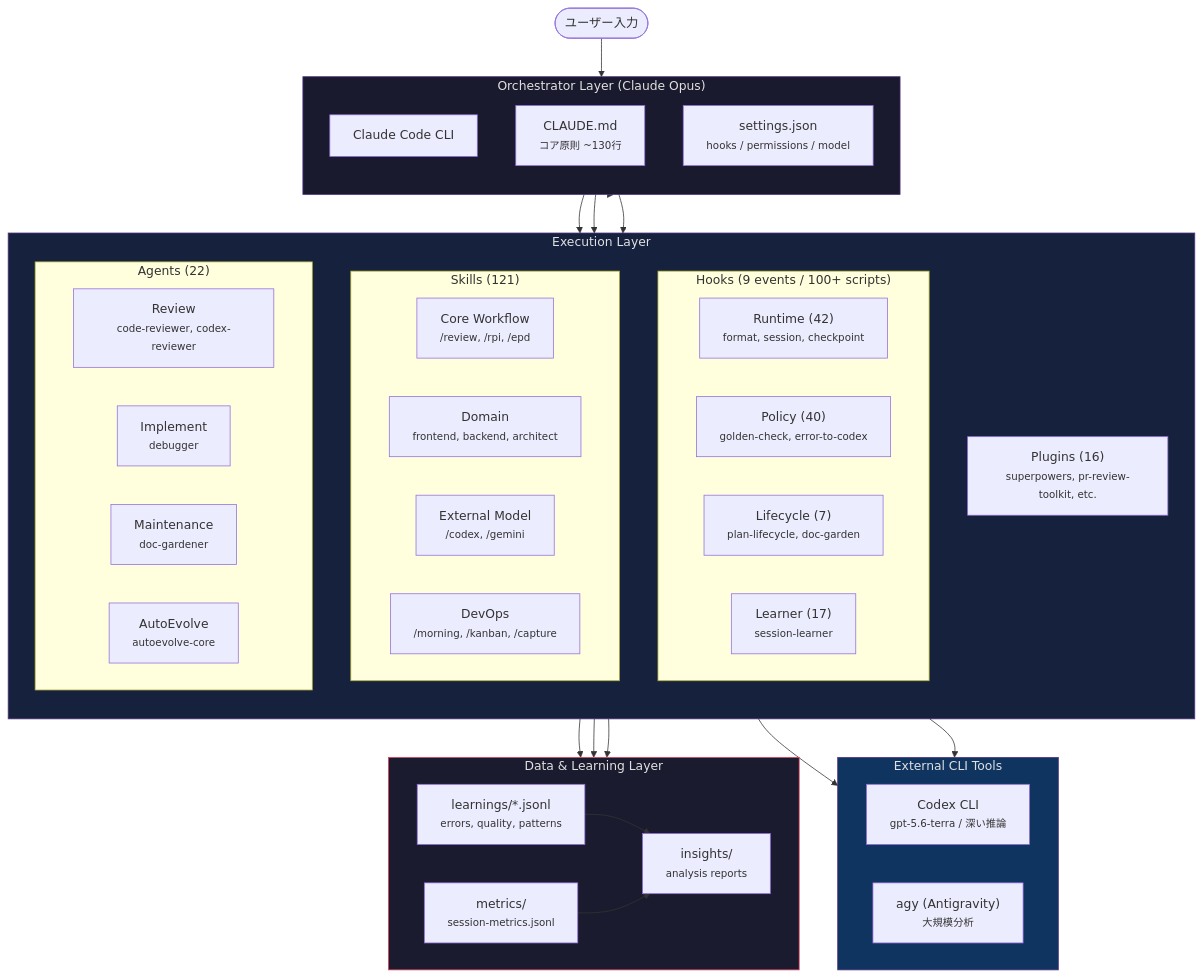
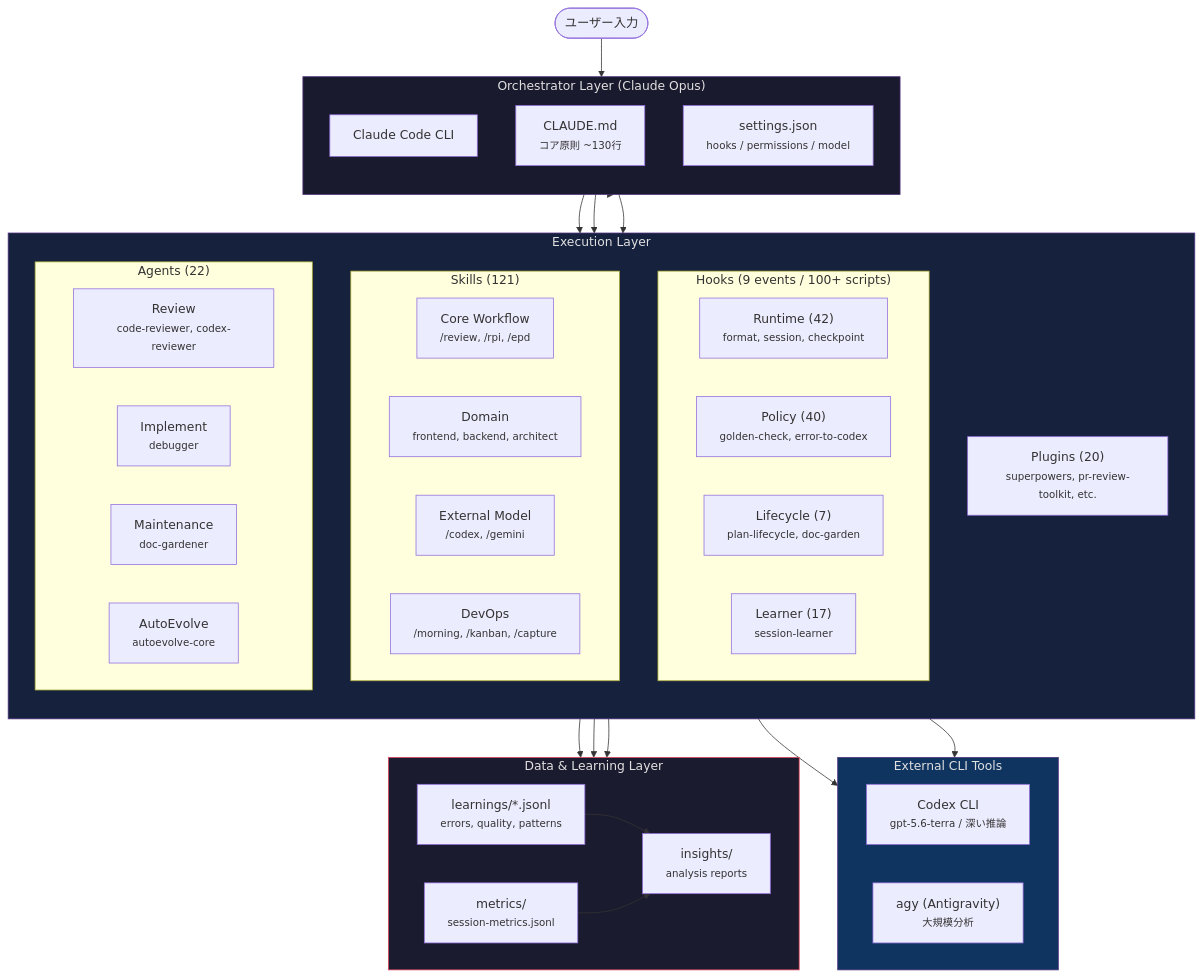
Before and after one commit to takeuchi-shogo/dotfiles: the first of 3 diagrams in .config/claude/README.md, drawn with Mermaid. The commit also changed other lines of this file and 2 other files, not shown here.

````diff
--- a/.config/claude/README.md
+++ b/.config/claude/README.md
@@ -28,71 +28,71 @@
 ```mermaid
 graph TB
     User([ユーザー入力])
 
     subgraph orchestrator["Orchestrator Layer (Claude Opus)"]
         direction TB
         CC[Claude Code CLI]
         CLAUDE_MD["CLAUDE.md<br><small>コア原則 ~130行</small>"]
         SETTINGS["settings.json<br><small>hooks / permissions / model</small>"]
     end
 
     subgraph execution["Execution Layer"]
         direction TB
         subgraph hooks_box["Hooks (9 events / 100+ scripts)"]
             direction LR
             H_RT["Runtime (42)<br><small>format, session, checkpoint</small>"]
             H_PO["Policy (40)<br><small>golden-check, error-to-codex</small>"]
             H_LC["Lifecycle (7)<br><small>plan-lifecycle, doc-garden</small>"]
             H_LR["Learner (17)<br><small>session-learner</small>"]
         end
 
         subgraph skills_box["Skills (121)"]
             direction LR
             SK_CORE["Core Workflow<br><small>/review, /rpi, /epd</small>"]
             SK_DOMAIN["Domain<br><small>frontend, backend, architect</small>"]
             SK_EXT["External Model<br><small>/codex, /gemini</small>"]
             SK_OPS["DevOps<br><small>/morning, /kanban, /capture</small>"]
         end
 
         subgraph agents_box["Agents (22)"]
             direction LR
             AG_REV["Review<br><small>code-reviewer, codex-reviewer</small>"]
             AG_IMPL["Implement<br><small>debugger</small>"]
             AG_MAINT["Maintenance<br><small>doc-gardener</small>"]
             AG_EVOLVE["AutoEvolve<br><small>autoevolve-core</small>"]
         end
 
-        PLUGINS["Plugins (16)<br><small>superpowers, pr-review-toolkit, etc.</small>"]
+        PLUGINS["Plugins (20)<br><small>superpowers, pr-review-toolkit, etc.</small>"]
     end
 
     subgraph external["External CLI Tools"]
         direction LR
         CODEX["Codex CLI<br><small>gpt-5.6-terra / 深い推論</small>"]
         GEMINI["agy (Antigravity)<br><small>大規模分析</small>"]
     end
 
     subgraph data["Data & Learning Layer"]
         direction LR
         LEARNINGS["learnings/*.jsonl<br><small>errors, quality, patterns</small>"]
         METRICS["metrics/<br><small>session-metrics.jsonl</small>"]
         INSIGHTS["insights/<br><small>analysis reports</small>"]
     end
 
     User --> CC
     CC --> hooks_box
     CC --> skills_box
     CC --> agents_box
     CC --> PLUGINS
     SK_EXT --> CODEX
     SK_EXT --> GEMINI
     AG_EVOLVE --> LEARNINGS
     H_LR --> LEARNINGS
     H_PO --> LEARNINGS
     LEARNINGS --> INSIGHTS
     METRICS --> INSIGHTS
 
     style orchestrator fill:#1a1a2e,stroke:#533483,color:#e0e0e0
     style execution fill:#16213e,stroke:#533483,color:#e0e0e0
     style external fill:#0f3460,stroke:#533483,color:#e0e0e0
     style data fill:#1b1b2f,stroke:#e94560,color:#e0e0e0
 ```
````
